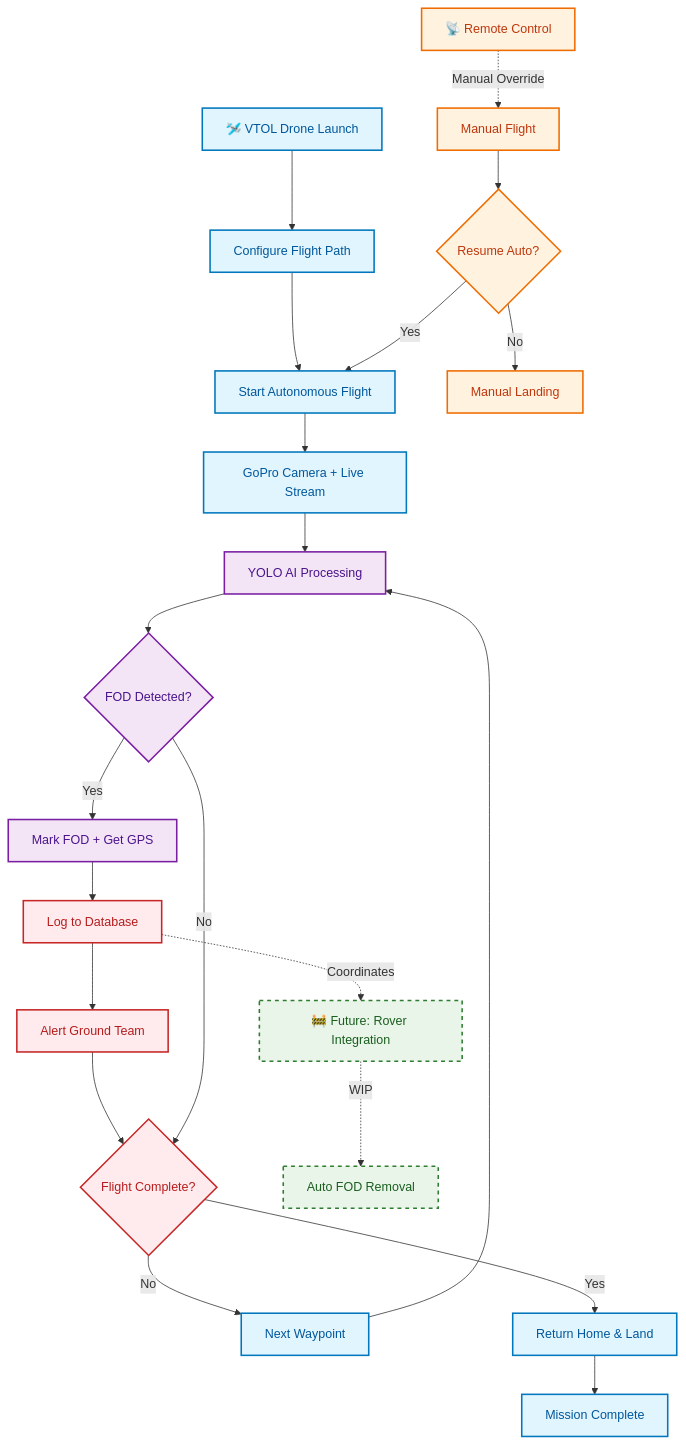
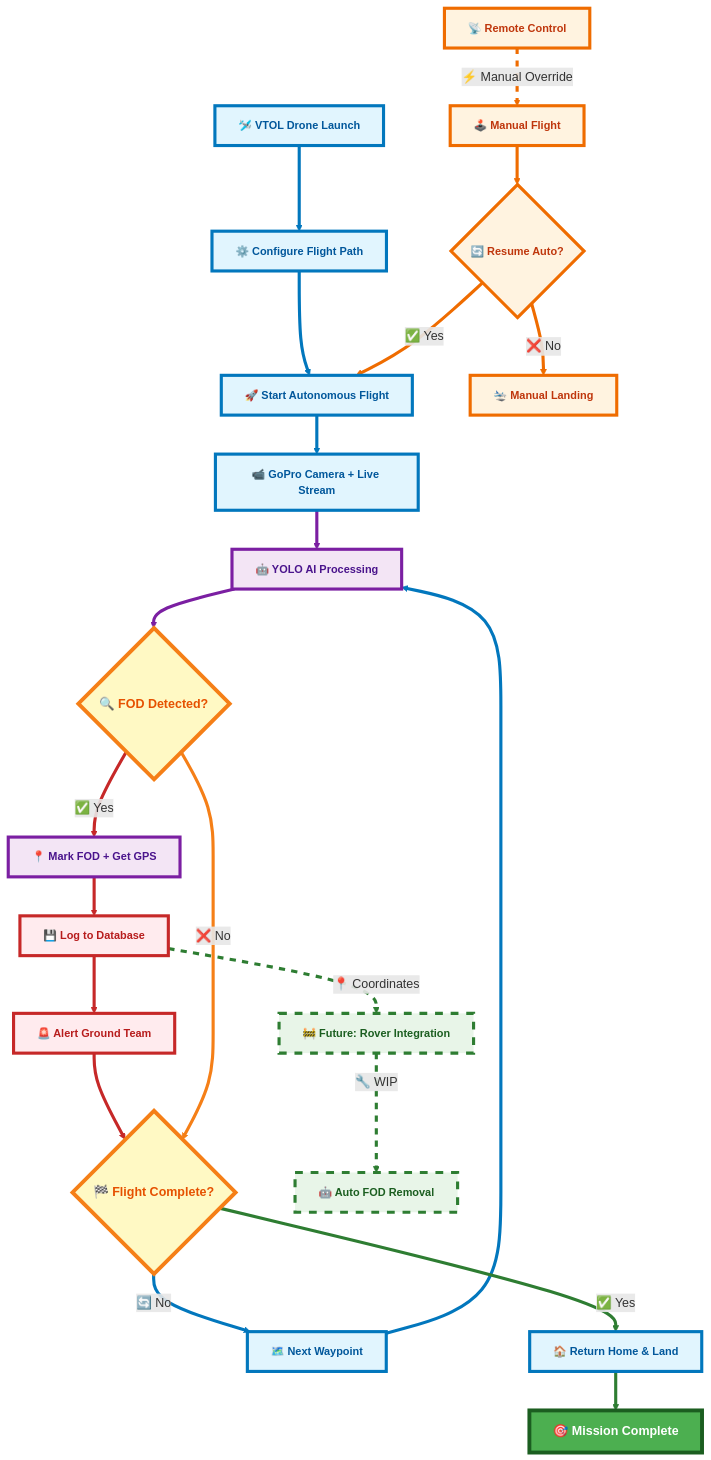
The diagram in README.md (danMoksh/visionEdge), drawn with Mermaid before and after one commit. The commit also changed other lines of this file, not shown here.

Commit message:
Flowchart Visual Appearace Updated

````diff
--- a/README.md
+++ b/README.md
@@ -16,42 +16,73 @@
 ```mermaid
 flowchart TD
-    A[🛩️ VTOL Drone Launch] --> B[Configure Flight Path]
-    B --> C[Start Autonomous Flight]
-    C --> D[GoPro Camera + Live Stream]
-    D --> E[YOLO AI Processing]
-    E --> F{FOD Detected?}
-    
-    F -->|Yes| G[Mark FOD + Get GPS]
-    G --> H[Log to Database]
-    H --> I[Alert Ground Team]
-    I --> J{Flight Complete?}
-    
-    F -->|No| J
-    J -->|No| K[Next Waypoint]
+    A[🛩️ VTOL Drone Launch] --> B[⚙️ Configure Flight Path]
+    B --> C[🚀 Start Autonomous Flight]
+    C --> D[📹 GoPro Camera + Live Stream]
+    D --> E[🤖 YOLO AI Processing]
+    E --> F{🔍 FOD Detected?}
+    F -->|✅ Yes| G[📍 Mark FOD + Get GPS]
+    G --> H[💾 Log to Database]
+    H --> I[🚨 Alert Ground Team]
+    I --> J{🏁 Flight Complete?}
+    F -->|❌ No| J
+    J -->|🔄 No| K[🗺️ Next Waypoint]
     K --> E
-    J -->|Yes| L[Return Home & Land]
-    L --> M[Mission Complete]
+    J -->|✅ Yes| L[🏠 Return Home & Land]
+    L --> M[🎯 Mission Complete]
     
     %% Manual Override
-    N[📡 Remote Control] -.->|Manual Override| O[Manual Flight]
-    O --> P{Resume Auto?}
-    P -->|Yes| C
-    P -->|No| Q[Manual Landing]
+    N[📡 Remote Control] -.->|⚡ Manual Override| O[🕹️ Manual Flight]
+    O --> P{🔄 Resume Auto?}
+    P -->|✅ Yes| C
+    P -->|❌ No| Q[🛬 Manual Landing]
     
     %% Future Enhancement
-    R[🚧 Future: Rover Integration] -.->|WIP| S[Auto FOD Removal]
-    H -.->|Coordinates| R
+    R[🚧 Future: Rover Integration] -.->|🔧 WIP| S[🤖 Auto FOD Removal]
+    H -.->|📍 Coordinates| R
     
-    %% Styling
-    classDef drone fill:#e1f5fe,stroke:#0277bd,stroke-width:2px,color:#01579b
-    classDef detection fill:#f3e5f5,stroke:#7b1fa2,stroke-width:2px,color:#4a148c
-    classDef alert fill:#ffebee,stroke:#c62828,stroke-width:2px,color:#b71c1c
-    classDef manual fill:#fff3e0,stroke:#ef6c00,stroke-width:2px,color:#bf360c
-    classDef future fill:#e8f5e8,stroke:#2e7d32,stroke-width:2px,stroke-dasharray: 5 5,color:#1b5e20
+    %% Beautiful Styling with Rich Colors and Effects
+    classDef drone fill:#e1f5fe,stroke:#0277bd,stroke-width:4px,color:#01579b,font-weight:bold,font-size:14px
     
-    class A,B,C,D,K,L,M drone
-    class E,F,G detection
-    class H,I,J alert
+    classDef detection fill:#f3e5f5,stroke:#7b1fa2,stroke-width:4px,color:#4a148c,font-weight:bold,font-size:14px
+    
+    classDef alert fill:#ffebee,stroke:#c62828,stroke-width:4px,color:#b71c1c,font-weight:bold,font-size:14px
+    
+    classDef manual fill:#fff3e0,stroke:#ef6c00,stroke-width:4px,color:#bf360c,font-weight:bold,font-size:14px
+    
+    classDef future fill:#e8f5e8,stroke:#2e7d32,stroke-width:4px,stroke-dasharray:10 10,color:#1b5e20,font-weight:bold,font-size:14px
+    
+    classDef decision fill:#fff9c4,stroke:#f57f17,stroke-width:5px,color:#e65100,font-weight:bold,font-size:16px
+    
+    classDef complete fill:#4caf50,stroke:#1b5e20,stroke-width:5px,color:#ffffff,font-weight:bold,font-size:16px
+    
+    %% Apply classes
+    class A,B,C,D,K,L drone
+    class E,G detection
+    class H,I alert
     class N,O,P,Q manual
     class R,S future
+    class F,J decision
+    class M complete
+    
+    %% Enhanced link styling with rich colors
+    linkStyle 0 stroke:#0277bd,stroke-width:4px
+    linkStyle 1 stroke:#0277bd,stroke-width:4px
+    linkStyle 2 stroke:#0277bd,stroke-width:4px
+    linkStyle 3 stroke:#7b1fa2,stroke-width:4px
+    linkStyle 4 stroke:#7b1fa2,stroke-width:4px
+    linkStyle 5 stroke:#c62828,stroke-width:4px
+    linkStyle 6 stroke:#c62828,stroke-width:4px
+    linkStyle 7 stroke:#c62828,stroke-width:4px
+    linkStyle 8 stroke:#c62828,stroke-width:4px
+    linkStyle 9 stroke:#f57f17,stroke-width:4px
+    linkStyle 10 stroke:#0277bd,stroke-width:4px
+    linkStyle 11 stroke:#0277bd,stroke-width:4px
+    linkStyle 12 stroke:#2e7d32,stroke-width:4px
+    linkStyle 13 stroke:#2e7d32,stroke-width:4px
+    linkStyle 14 stroke:#ef6c00,stroke-width:4px,stroke-dasharray:8 8
+    linkStyle 15 stroke:#ef6c00,stroke-width:4px
+    linkStyle 16 stroke:#ef6c00,stroke-width:4px
+    linkStyle 17 stroke:#ef6c00,stroke-width:4px
+    linkStyle 18 stroke:#2e7d32,stroke-width:4px,stroke-dasharray:8 8
+    linkStyle 19 stroke:#2e7d32,stroke-width:4px,stroke-dasharray:8 8
 ```
````
